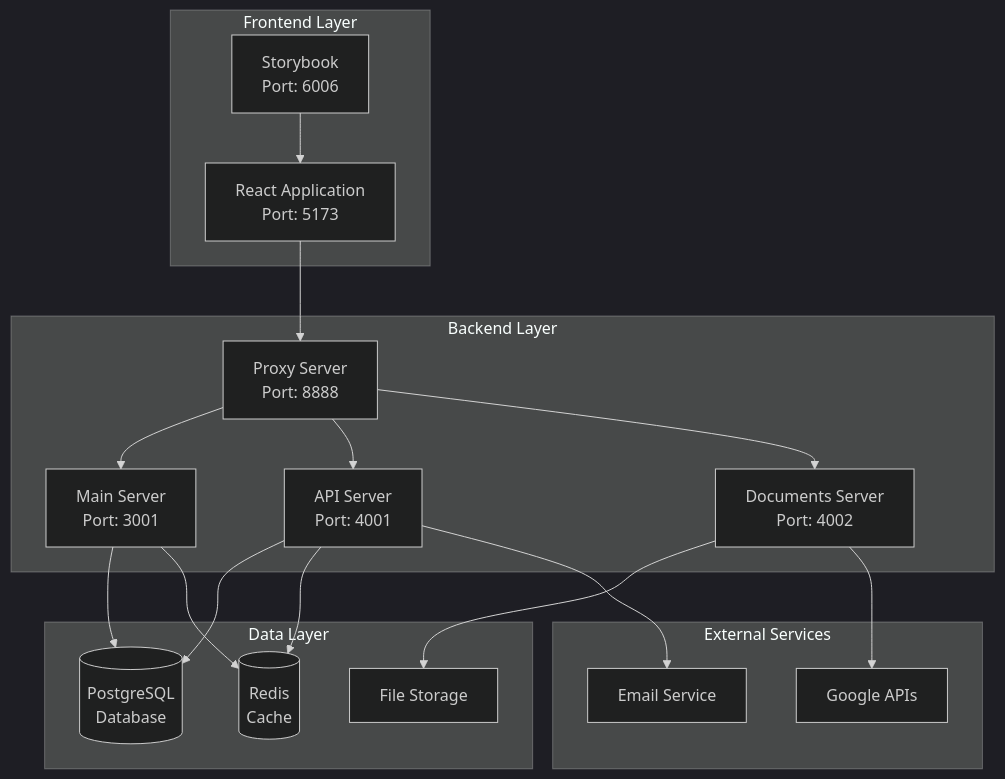
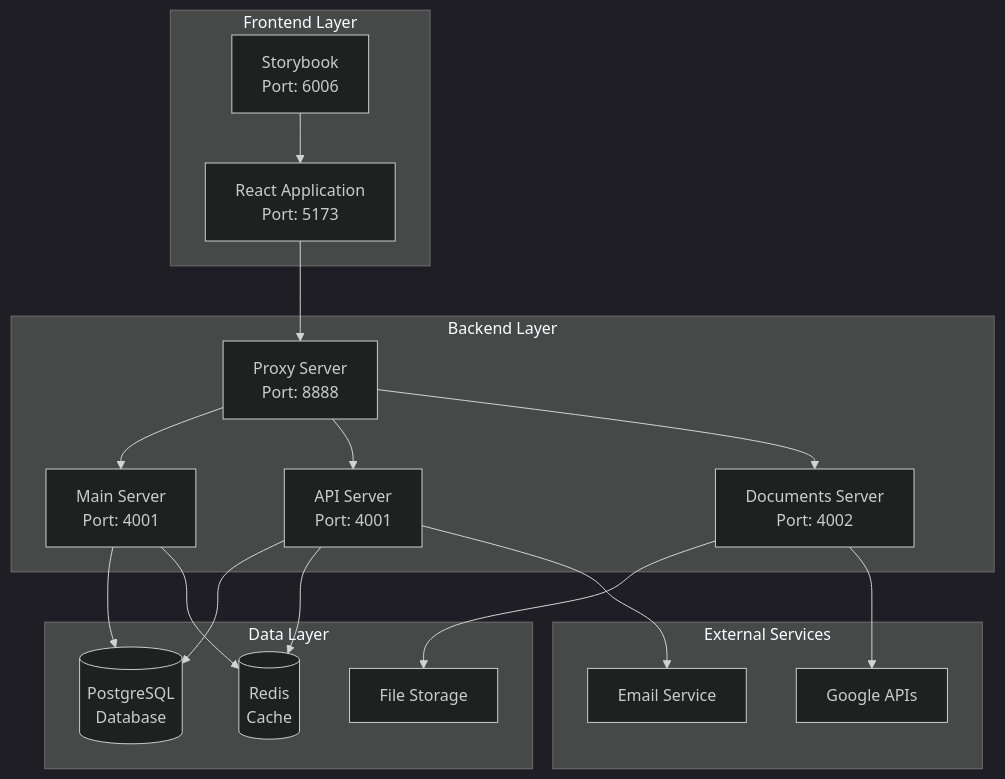
Before and after one commit to Matteomic94/ElementMedica: the first of 4 diagrams in docs/technical/architecture/system-overview.md, drawn with Mermaid (dark theme). The commit also changed other lines of this file and 1657 other files, not shown here.

````diff
--- a/docs/technical/architecture/system-overview.md
+++ b/docs/technical/architecture/system-overview.md
@@ -15,41 +39,41 @@
 ```mermaid
 graph TB
     subgraph "Frontend Layer"
         UI["React Application<br/>Port: 5173"]
         SB["Storybook<br/>Port: 6006"]
     end
     
     subgraph "Backend Layer"
-        MAIN["Main Server<br/>Port: 3001"]
+        MAIN["Main Server<br/>Port: 4001"]
         API["API Server<br/>Port: 4001"]
         DOCS["Documents Server<br/>Port: 4002"]
         PROXY["Proxy Server<br/>Port: 8888"]
     end
     
     subgraph "Data Layer"
         DB[("PostgreSQL<br/>Database")]
         REDIS[("Redis<br/>Cache")]
         FILES["File Storage"]
     end
     
     subgraph "External Services"
         GOOGLE["Google APIs"]
         EMAIL["Email Service"]
     end
     
     UI --> PROXY
     SB --> UI
     PROXY --> MAIN
     PROXY --> API
     PROXY --> DOCS
     
     MAIN --> DB
     API --> DB
     DOCS --> FILES
     
     API --> REDIS
     MAIN --> REDIS
     
     DOCS --> GOOGLE
     API --> EMAIL
 ```
````
